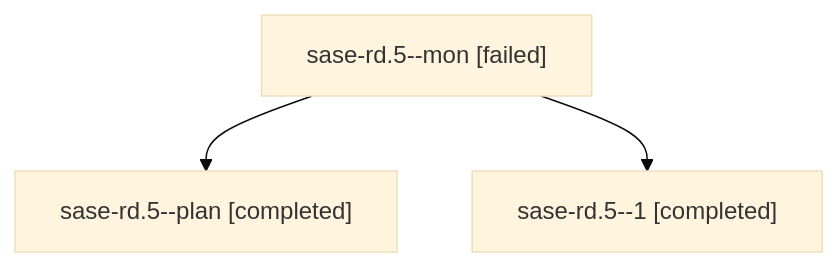
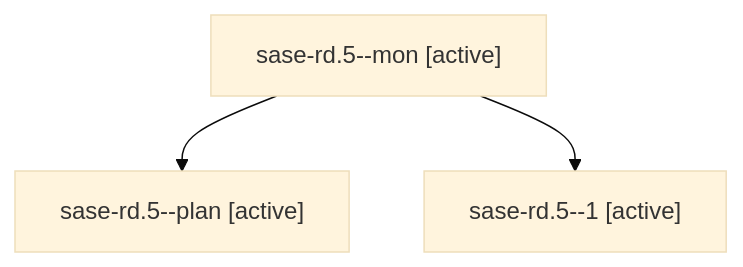
One commit to sase-org/sase--agents changed the diagram in families/bbugyi200.athena.sase-rd.5.md. Above: the diagram before and after it, drawn with Mermaid (base theme). The commit also changed other lines of this file and 35830 other files, not shown here.

````diff
--- a/families/bbugyi200.athena.sase-rd.5.md
+++ b/families/bbugyi200.athena.sase-rd.5.md
@@ -9,8 +9,8 @@
 ```mermaid
 flowchart TD
-  n0["sase-rd.5--mon [failed]"]
-  n1["sase-rd.5--plan [completed]"]
+  n0["sase-rd.5--mon [active]"]
+  n1["sase-rd.5--plan [active]"]
   n0 --> n1
-  n2["sase-rd.5--1 [completed]"]
+  n2["sase-rd.5--1 [active]"]
   n0 --> n2
 ```
````
